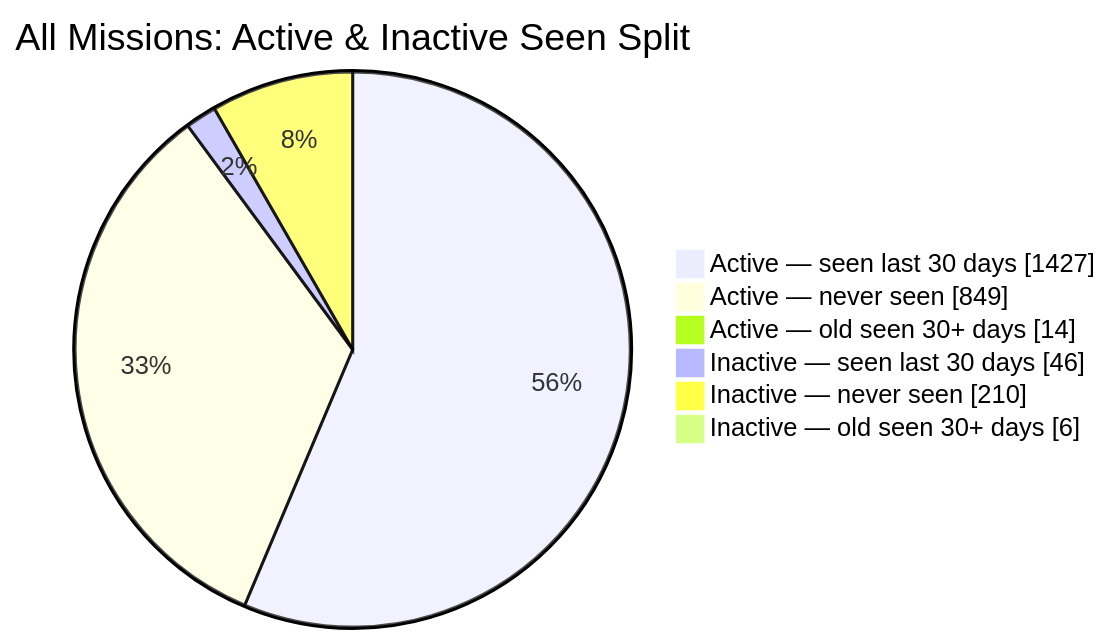
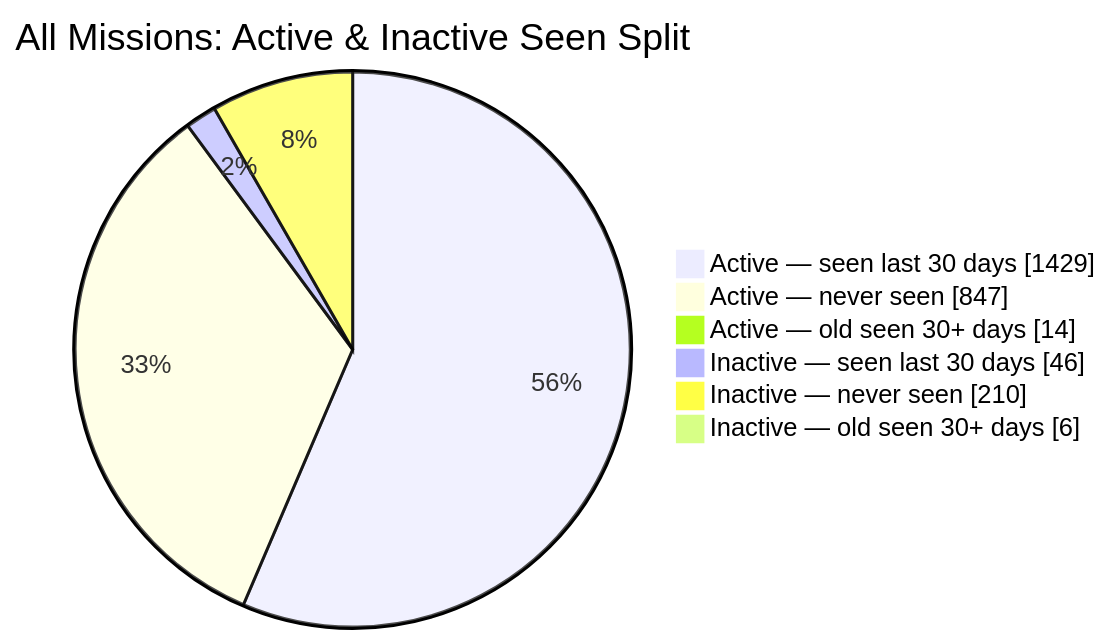
The second of 2 diagrams in README.md (MeldkamerspelGameTeam/active-missions), drawn with Mermaid before and after one commit. The commit also changed other lines of this file and 3 other files, not shown here.

````diff
--- a/README.md
+++ b/README.md
@@ -44,10 +44,10 @@
 ```mermaid
 pie showData
     title All Missions: Active & Inactive Seen Split
-    "Active — seen last 30 days" : 1427
-    "Active — never seen" : 849
+    "Active — seen last 30 days" : 1429
+    "Active — never seen" : 847
     "Active — old seen 30+ days" : 14
     "Inactive — seen last 30 days" : 46
     "Inactive — never seen" : 210
     "Inactive — old seen 30+ days" : 6
 ```
````
